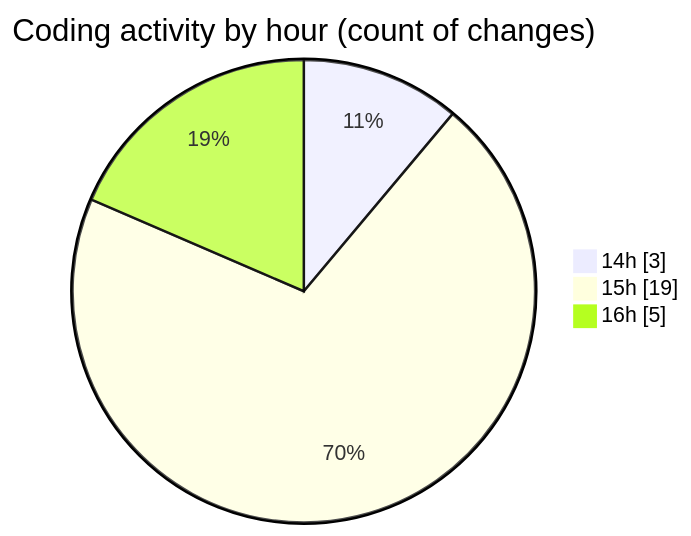
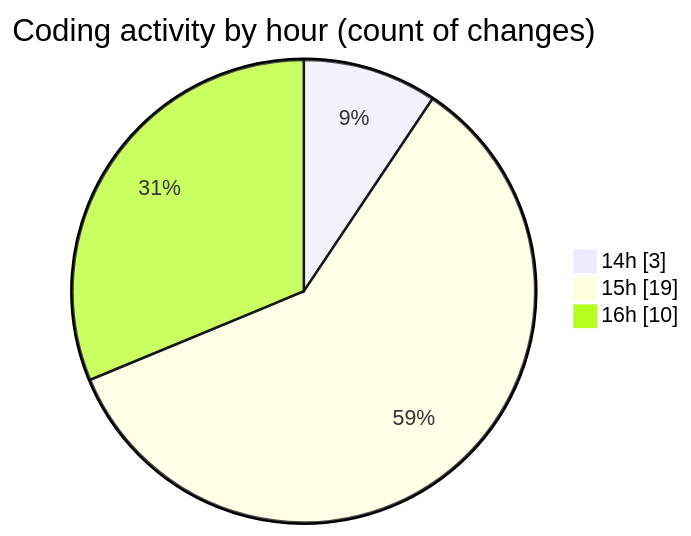
Before and after one commit to debugP/code-tracking: the second of 2 diagrams in 2025-10-02/untitled__workspace_/README.md, drawn with Mermaid. The commit also changed other lines of this file and 1 other file, not shown here.

````diff
--- a/2025-10-02/untitled__workspace_/README.md
+++ b/2025-10-02/untitled__workspace_/README.md
@@ -29,7 +29,7 @@
 ```mermaid
 pie showData
 title Coding activity by hour (count of changes)
 "14h" : 3
 "15h" : 19
-"16h" : 5
+"16h" : 10
 ```
````
